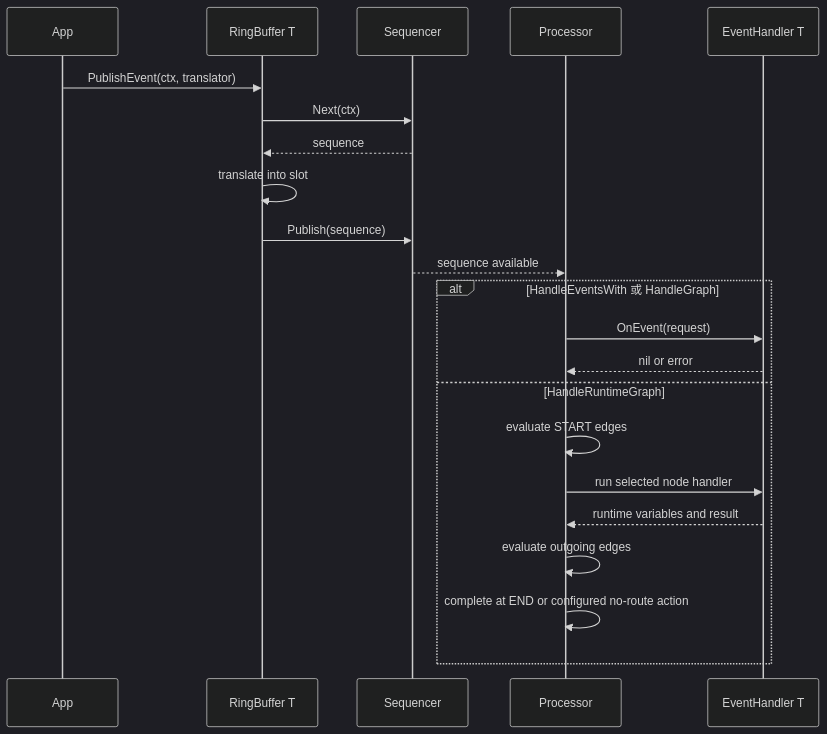
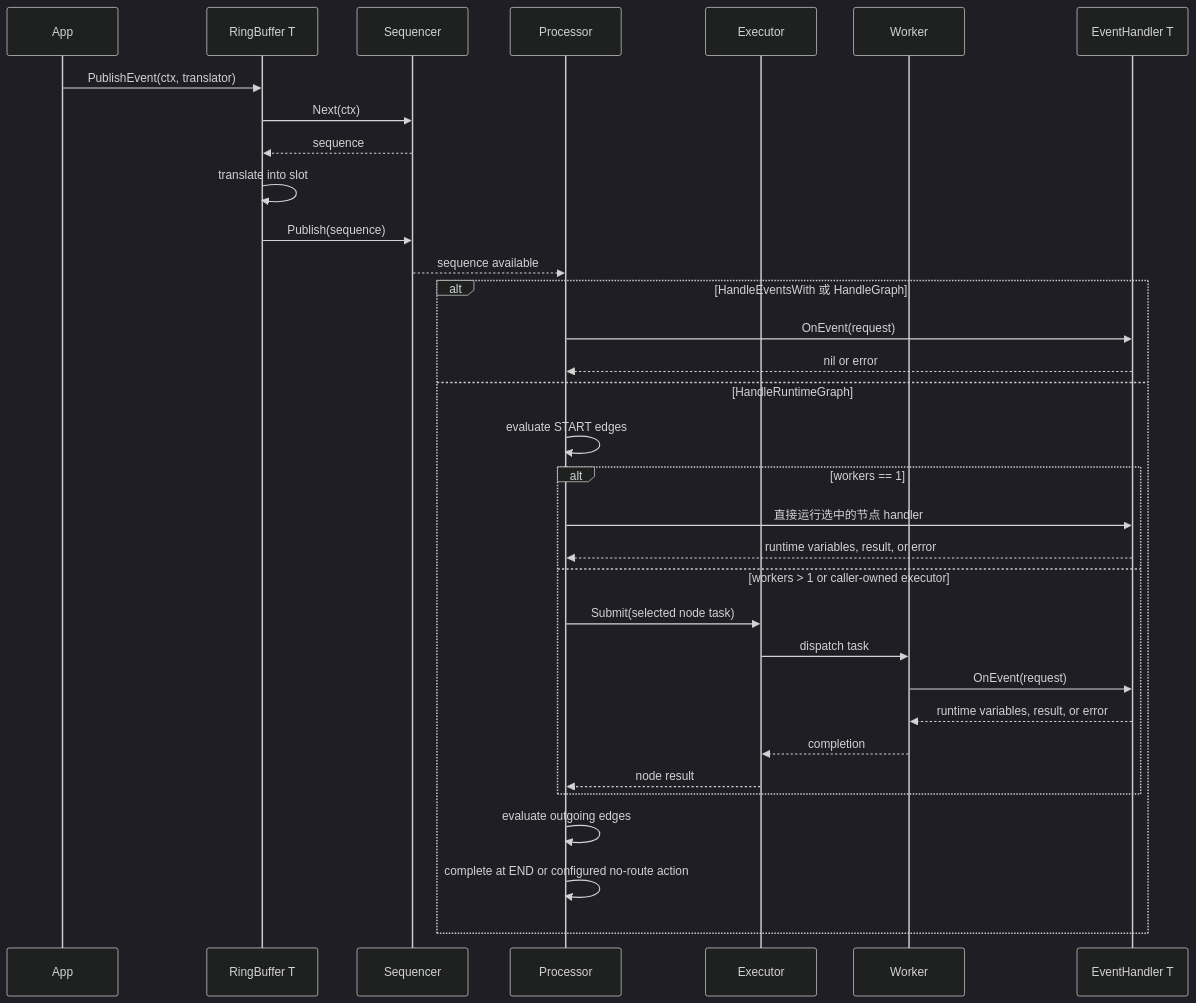
The second of 5 diagrams in README.zh-CN.md (photowey/disruptor.go), drawn with Mermaid (dark theme) before and after one commit. The commit also changed other lines of this file and 9 other files, not shown here.

Commit message:
docs: document runtime graph executor flow

````diff
--- a/README.zh-CN.md
+++ b/README.zh-CN.md
@@ -204,25 +214,36 @@
 ```mermaid
 sequenceDiagram
     participant App
     participant RB as RingBuffer T
     participant Seq as Sequencer
     participant Proc as Processor
+    participant Exec as Executor
+    participant W as Worker
     participant H as EventHandler T
 
     App->>RB: PublishEvent(ctx, translator)
     RB->>Seq: Next(ctx)
     Seq-->>RB: sequence
     RB->>RB: translate into slot
     RB->>Seq: Publish(sequence)
     Seq-->>Proc: sequence available
     alt HandleEventsWith 或 HandleGraph
         Proc->>H: OnEvent(request)
         H-->>Proc: nil or error
     else HandleRuntimeGraph
         Proc->>Proc: evaluate START edges
-        Proc->>H: run selected node handler
-        H-->>Proc: runtime variables and result
+        alt workers == 1
+            Proc->>H: 直接运行选中的节点 handler
+            H-->>Proc: runtime variables, result, or error
+        else workers > 1 or caller-owned executor
+            Proc->>Exec: Submit(selected node task)
+            Exec->>W: dispatch task
+            W->>H: OnEvent(request)
+            H-->>W: runtime variables, result, or error
+            W-->>Exec: completion
+            Exec-->>Proc: node result
+        end
         Proc->>Proc: evaluate outgoing edges
         Proc->>Proc: complete at END or configured no-route action
     end
 ```
````
